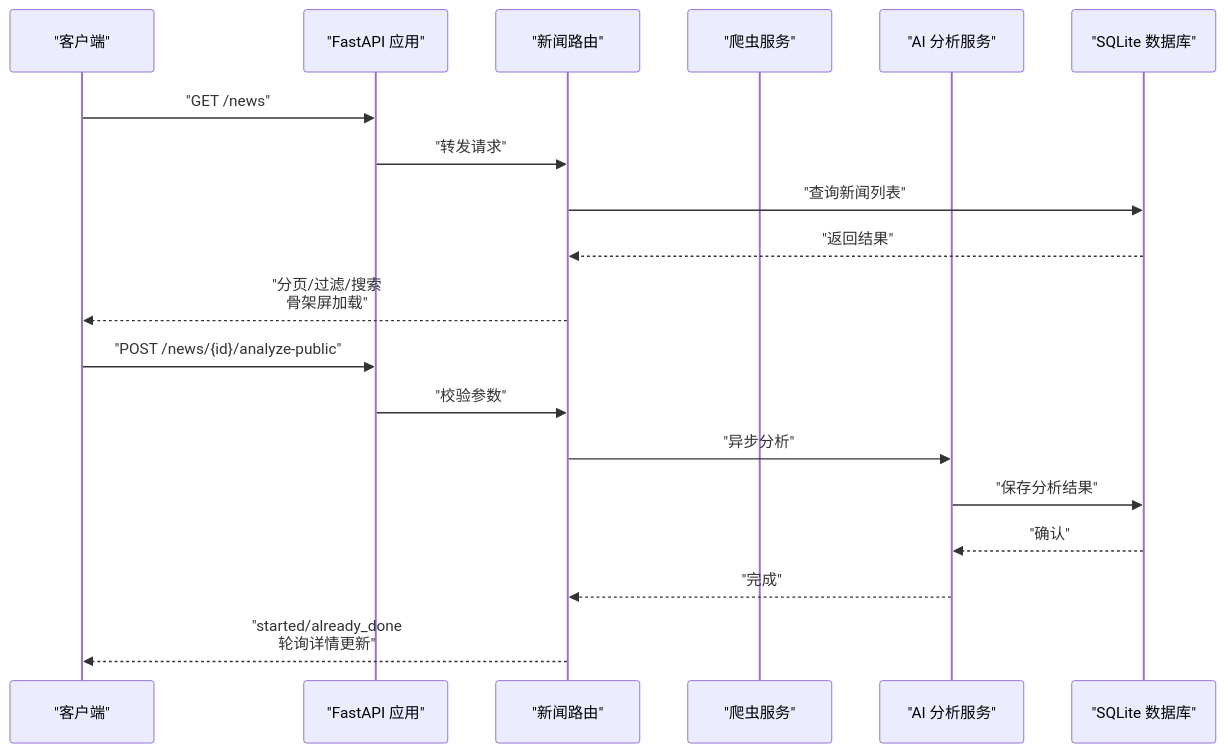
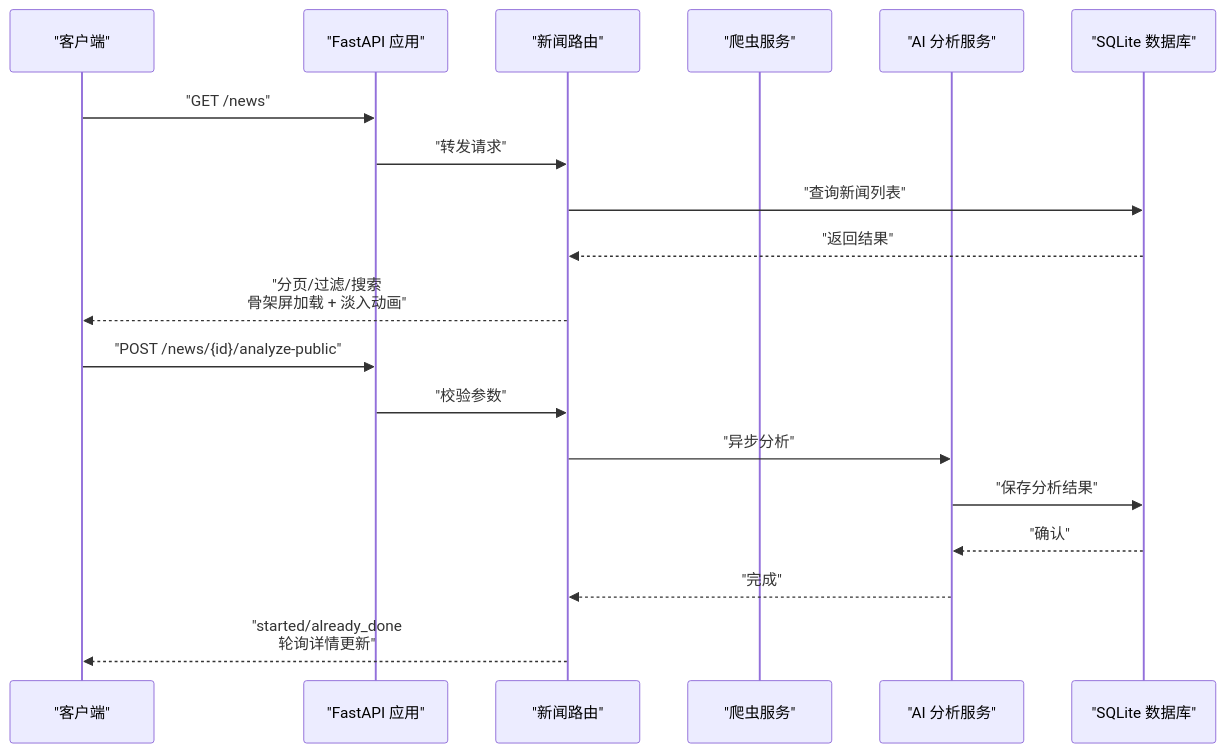
Before and after one commit to jianai0330/Fast-F1: the second of 13 diagrams in .qoder/repowiki/zh/content/内容管理系统/新闻系统.md, drawn with Mermaid. The commit also changed other lines of this file and 22 other files, not shown here.

````diff
--- a/.qoder/repowiki/zh/content/内容管理系统/新闻系统.md
+++ b/.qoder/repowiki/zh/content/内容管理系统/新闻系统.md
@@ -132,21 +160,21 @@
 ```mermaid
 sequenceDiagram
 participant Client as "客户端"
 participant API as "FastAPI 应用"
 participant News as "新闻路由"
 participant Crawler as "爬虫服务"
 participant Analyzer as "AI 分析服务"
 participant DB as "SQLite 数据库"
 Client->>API : "GET /news"
 API->>News : "转发请求"
 News->>DB : "查询新闻列表"
 DB-->>News : "返回结果"
-News-->>Client : "分页/过滤/搜索<br/>骨架屏加载"
+News-->>Client : "分页/过滤/搜索<br/>骨架屏加载 + 淡入动画"
 Client->>API : "POST /news/{id}/analyze-public"
 API->>News : "校验参数"
 News->>Analyzer : "异步分析"
 Analyzer->>DB : "保存分析结果"
 DB-->>Analyzer : "确认"
 Analyzer-->>News : "完成"
 News-->>Client : "started/already_done<br/>轮询详情更新"
 ```
````
